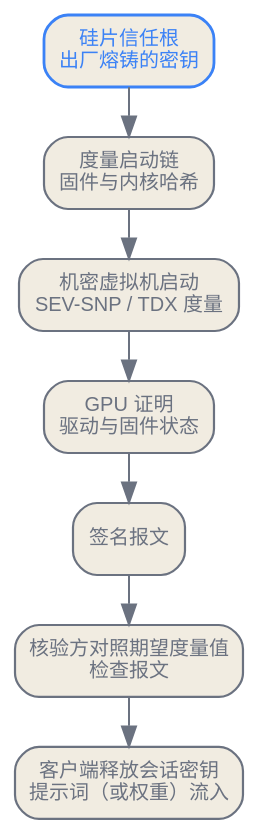
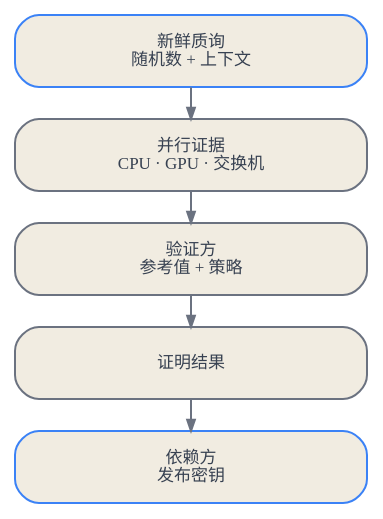
One commit to latere-ai/ai-as-an-infrastructure changed the diagram in zh/safety/07-confidential-inference.qmd. Above: the diagram before and after it, drawn with Graphviz. The commit also changed other lines of this file and 1 other file, not shown here.

````diff
--- a/zh/safety/07-confidential-inference.qmd
+++ b/zh/safety/07-confidential-inference.qmd
@@ -17,21 +63,22 @@
 ```{dot}
 //| label: fig-confidential-inference-attestation
-//| fig-cap: "机密服务栈的证明链。每一环由下一环度量，并在任何秘密流入之前由客户端的策略核验；链条锚定在某家厂商硅片里熔铸的密钥上，信任最终就落在那里。"
+//| fig-cap: "CPU、GPU 和交换机证明方分别提供绑定随机数的证据。验证方评估每项声明；只有结果获准后，依赖方才向与证据绑定的端点发布密钥。"
 digraph attestation {
+  rankdir=TB;
   bgcolor="transparent";
-  rankdir=TB;
-  nodesep=0.5; ranksep=0.35;
-  node [shape=box, style="rounded,filled", fontname="Helvetica", fontsize=10, color="#6b7280", fontcolor="#6b7280", fillcolor="#f1ece1", penwidth=1.1];
-  edge [fontsize=9, fontname="Helvetica", color="#6b7280", fontcolor="#6b7280"];
+  graph [nodesep=0.14, ranksep=0.22];
+  node [shape=box, style="rounded,filled", fontname="PingFang SC", fontsize=8.5,
+        color="#6b7280", fontcolor="#374151", fillcolor="#f1ece1",
+        margin="0.06,0.04", width=2.45];
+  edge [color="#6b7280", arrowsize=0.55];
 
-  silicon [label="硅片信任根\n出厂熔铸的密钥", color="#3b82f6", fontcolor="#3b82f6", penwidth=1.4];
-  boot    [label="度量启动链\n固件与内核哈希"];
-  cvm     [label="机密虚拟机启动\nSEV-SNP / TDX 度量"];
-  gpu     [label="GPU 证明\n驱动与固件状态"];
-  quote   [label="签名报文"];
-  verify  [label="核验方对照期望度量值\n检查报文"];
-  key     [label="客户端释放会话密钥\n提示词（或权重）流入"];
+  nonce [label="新鲜质询\n随机数 + 上下文", color="#3b82f6"];
+  attesters [label="并行证据\nCPU · GPU · 交换机"];
+  verifier [label="验证方\n参考值 + 策略"];
+  result [label="证明结果"];
+  release [label="依赖方\n发布密钥", color="#3b82f6"];
 
-  silicon -> boot -> cvm -> gpu -> quote -> verify -> key;
+  nonce -> attesters -> verifier;
+  verifier -> result -> release;
 }
 ```
````
